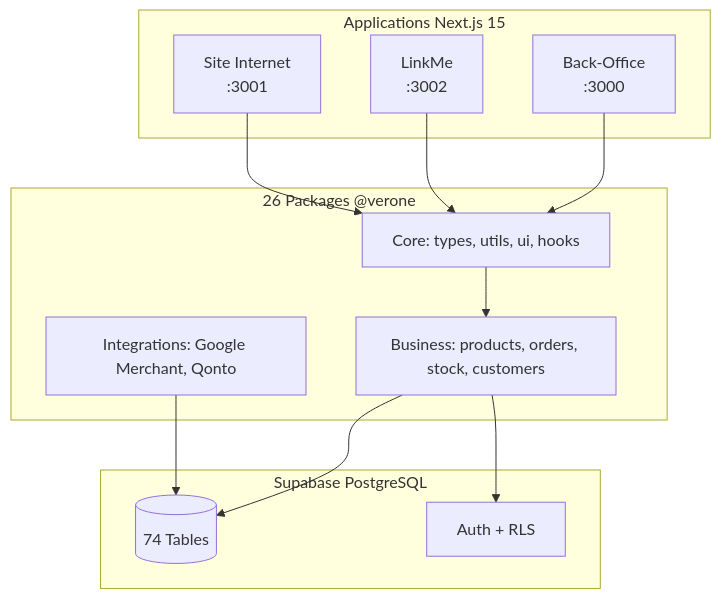
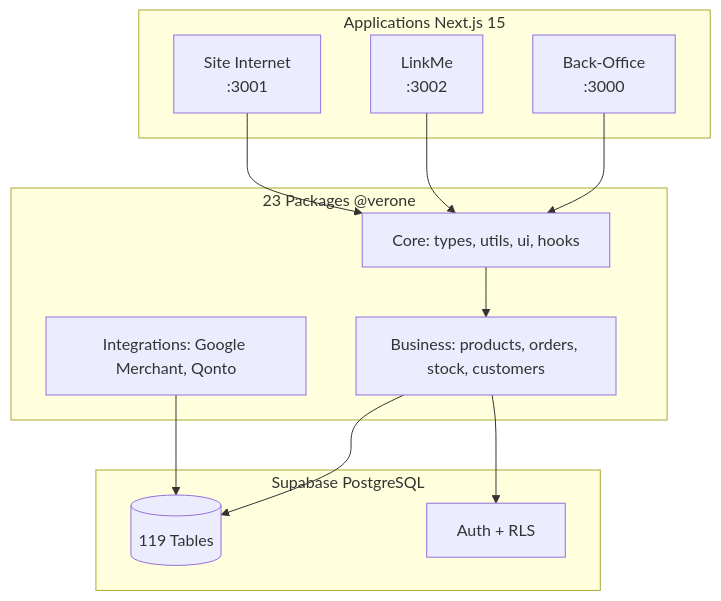
One commit to Verone2021/Verone-V1 changed the diagram in README.md. Above: the diagram before and after it, drawn with Mermaid. The commit also changed other lines of this file, not shown here.

````diff
--- a/README.md
+++ b/README.md
@@ -9,27 +9,27 @@
 ```mermaid
 graph TB
     subgraph Apps["Applications Next.js 15"]
         BO["Back-Office<br/>:3000"]
         LM["LinkMe<br/>:3002"]
         SI["Site Internet<br/>:3001"]
     end
 
-    subgraph Packages["26 Packages @verone"]
+    subgraph Packages["23 Packages @verone"]
         CORE["Core: types, utils, ui, hooks"]
         BIZ["Business: products, orders, stock, customers"]
         INT["Integrations: Google Merchant, Qonto"]
     end
 
     subgraph Supabase["Supabase PostgreSQL"]
-        DB[("74 Tables")]
+        DB[("119 Tables")]
         AUTH["Auth + RLS"]
     end
 
     BO --> CORE
     LM --> CORE
     SI --> CORE
     CORE --> BIZ
     BIZ --> DB
     BIZ --> AUTH
     INT --> DB
 ```
````
